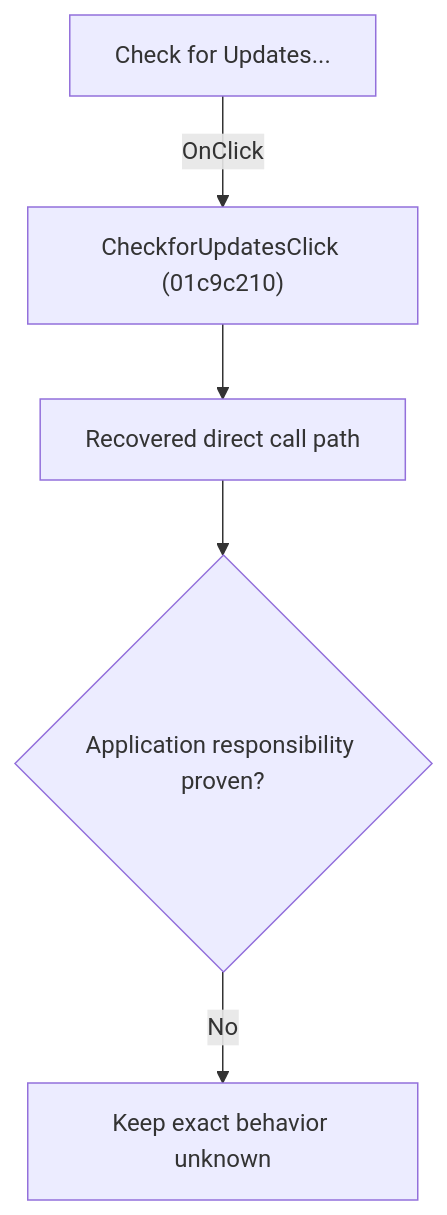
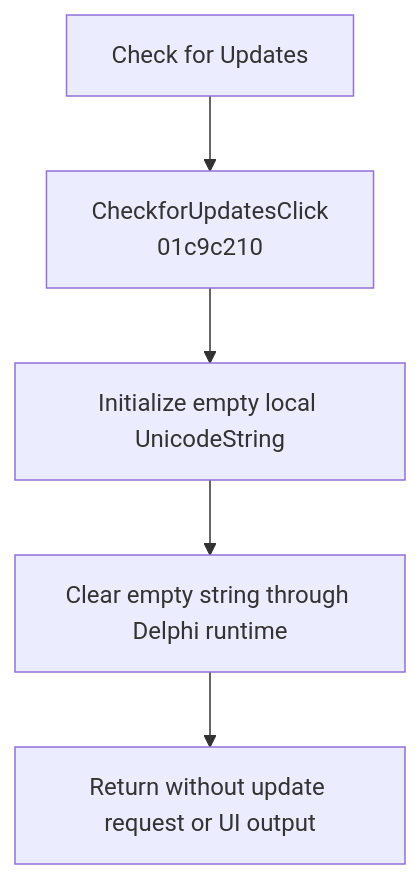
Before and after one commit to MovGP0/TIARA: the diagram in docs/ui-controls/schematiceditor/checkforupdates-5b4facd9e7.md, drawn with Mermaid. The commit also changed other lines of this file and 241 other files, not shown here.

````diff
--- a/docs/ui-controls/schematiceditor/checkforupdates-5b4facd9e7.md
+++ b/docs/ui-controls/schematiceditor/checkforupdates-5b4facd9e7.md
@@ -27,7 +27,7 @@
 ```mermaid
 flowchart TD
-    control["Check for Updates..."] -->|"OnClick"| handler["CheckforUpdatesClick (01c9c210)"]
-    handler --> recovered["Recovered direct call path"]
-    recovered --> gap{"Application responsibility proven?"}
-    gap -->|"No"| blocked["Keep exact behavior unknown"]
+    control["Check for Updates"] --> handler["CheckforUpdatesClick<br/>01c9c210"]
+    handler --> initialize["Initialize empty local UnicodeString"]
+    initialize --> clear["Clear empty string through Delphi runtime"]
+    clear --> noOp["Return without update request or UI output"]
 ```
````
